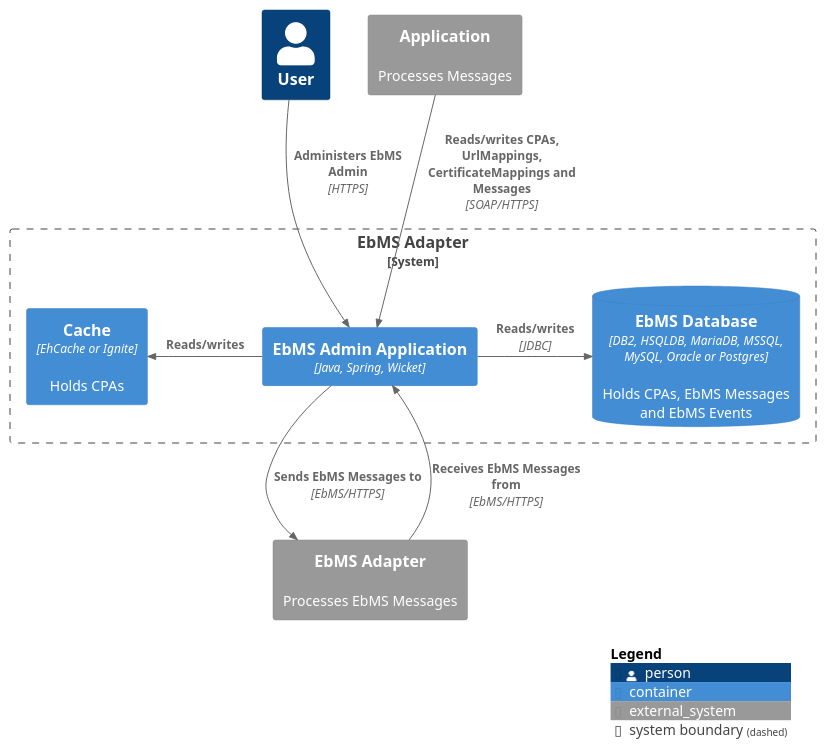
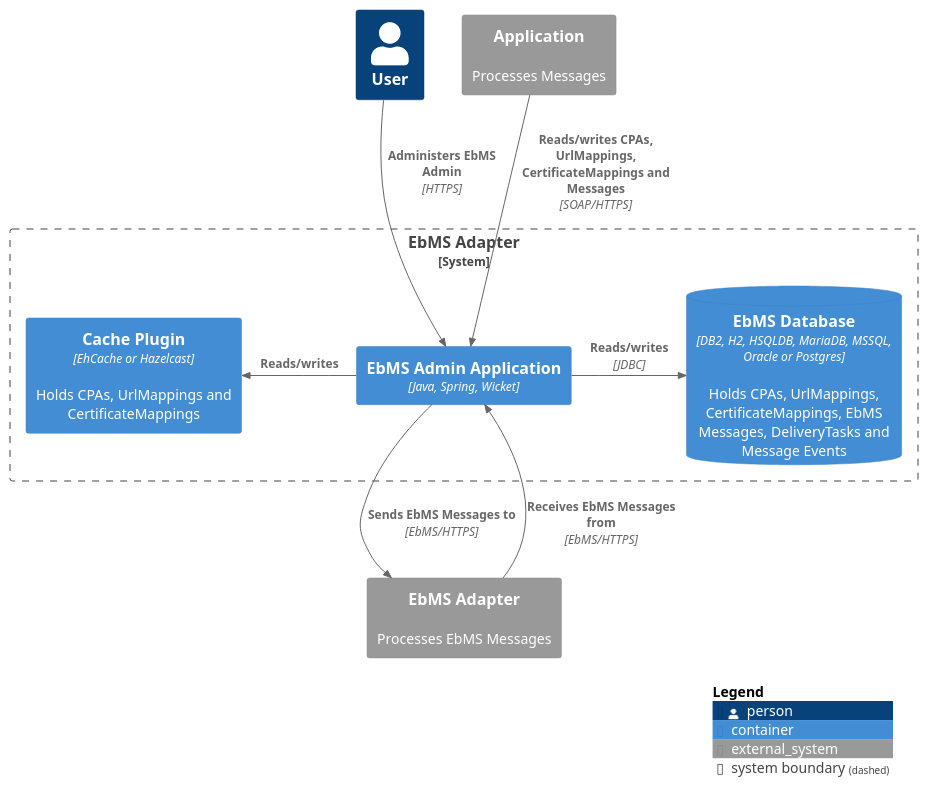
One commit to eluinstra/ebms-admin changed the diagram in static/assets/images/EbMS Adapter Container Diagram.plantuml. Above: the diagram before and after it, drawn with PlantUML. The commit also changed 6 other files, not shown here.

```diff
--- a/static/assets/images/EbMS Adapter Container Diagram.plantuml
+++ b/static/assets/images/EbMS Adapter Container Diagram.plantuml
@@ -1,24 +1,24 @@
 @startuml
 ' !include <C4/C4_Container>
 !include https://raw.githubusercontent.com/plantuml-stdlib/C4-PlantUML/master/C4_Container.puml
 
 Person(user, "User")
 System_Ext(application, "Application", "Processes Messages")
 System_Boundary(ebmsAdapter, "EbMS Adapter") {
   Container(admin, "EbMS Admin Application", "Java, Spring, Wicket")
-  ContainerDb(database, "EbMS Database", "DB2, HSQLDB, MariaDB, MSSQL, MySQL, Oracle or Postgres", "Holds CPAs, EbMS Messages and EbMS Events")
-  Container(cache, "Cache", "EhCache or Ignite", "Holds CPAs")
+  ContainerDb(database, "EbMS Database", "DB2, H2, HSQLDB, MariaDB, MSSQL, Oracle or Postgres", "Holds CPAs, UrlMappings, CertificateMappings, EbMS Messages, DeliveryTasks and Message Events")
+  Container(cache, "Cache Plugin", "EhCache or Hazelcast", "Holds CPAs, UrlMappings and CertificateMappings")
   ' ContainerQueue(queue, "Queue", "ActiveMQ", "Holds Events")
 }
 System_Ext(ebmsAdapterA, "EbMS Adapter", "Processes EbMS Messages")
 
 Rel(user, admin, "Administers EbMS Admin", "HTTPS")
 Rel(application, admin, "Reads/writes CPAs, UrlMappings, CertificateMappings and Messages", "SOAP/HTTPS")
 Rel_R(admin, database, "Reads/writes", "JDBC")
 Rel_L(admin, cache, "Reads/writes")
 ' Rel_L(admin, queue, "Reads/writes")
 Rel(admin, ebmsAdapterA, "Sends EbMS Messages to", "EbMS/HTTPS")
 Rel(ebmsAdapterA, admin, "Receives EbMS Messages from", "EbMS/HTTPS")
 
 SHOW_DYNAMIC_LEGEND()
 @enduml
```
